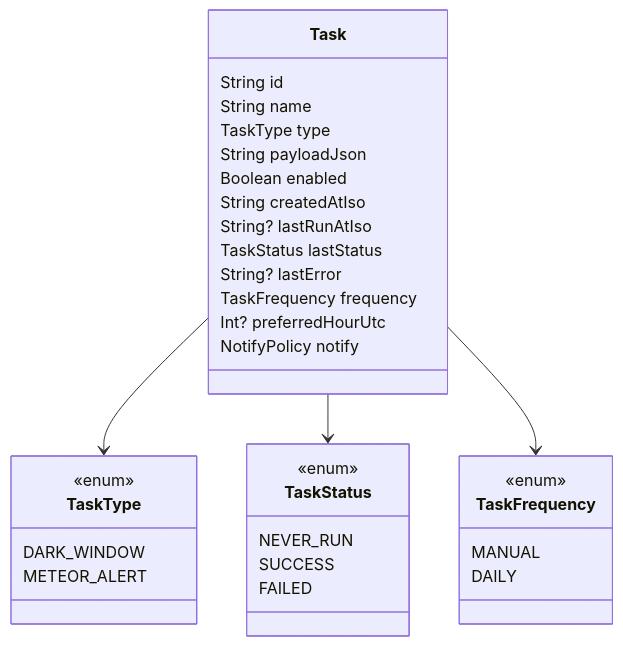
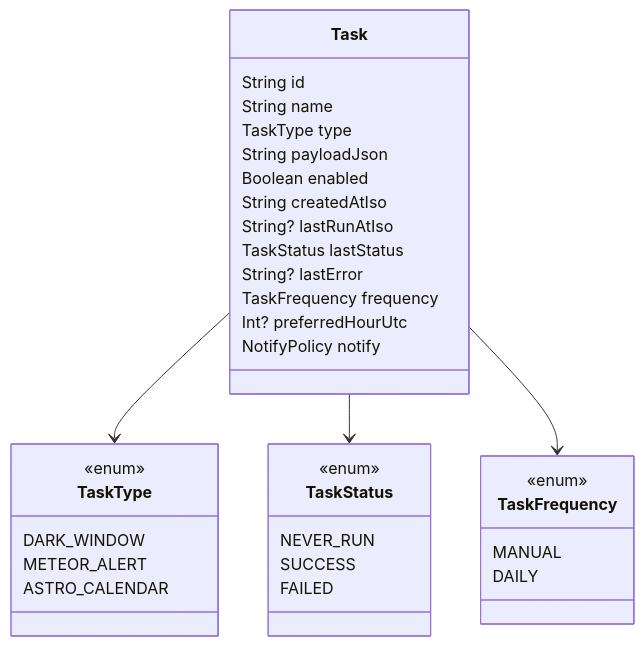
The fifth of 6 diagrams in docs/ARCHITECTURE.md (iOJ0230/astro-task-runner), drawn with Mermaid before and after one commit. The commit also changed other lines of this file and 19 other files, not shown here.

````diff
--- a/docs/ARCHITECTURE.md
+++ b/docs/ARCHITECTURE.md
@@ -230,36 +257,37 @@
 ```mermaid
 classDiagram
     class Task {
         String id
         String name
         TaskType type
         String payloadJson
         Boolean enabled
         String createdAtIso
         String? lastRunAtIso
         TaskStatus lastStatus
         String? lastError
         TaskFrequency frequency
         Int? preferredHourUtc
         NotifyPolicy notify
     }
     class TaskType {
         <<enum>>
         DARK_WINDOW
         METEOR_ALERT
+        ASTRO_CALENDAR
     }
     class TaskStatus {
         <<enum>>
         NEVER_RUN
         SUCCESS
         FAILED
     }
     class TaskFrequency {
         <<enum>>
         MANUAL
         DAILY
     }
     Task --> TaskType
     Task --> TaskStatus
     Task --> TaskFrequency
 ```
````
